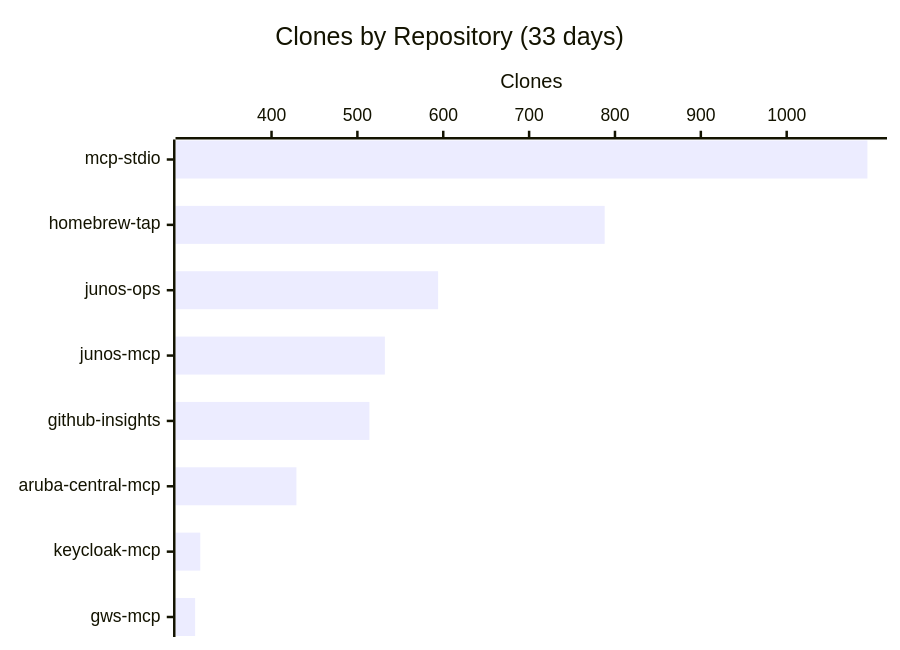
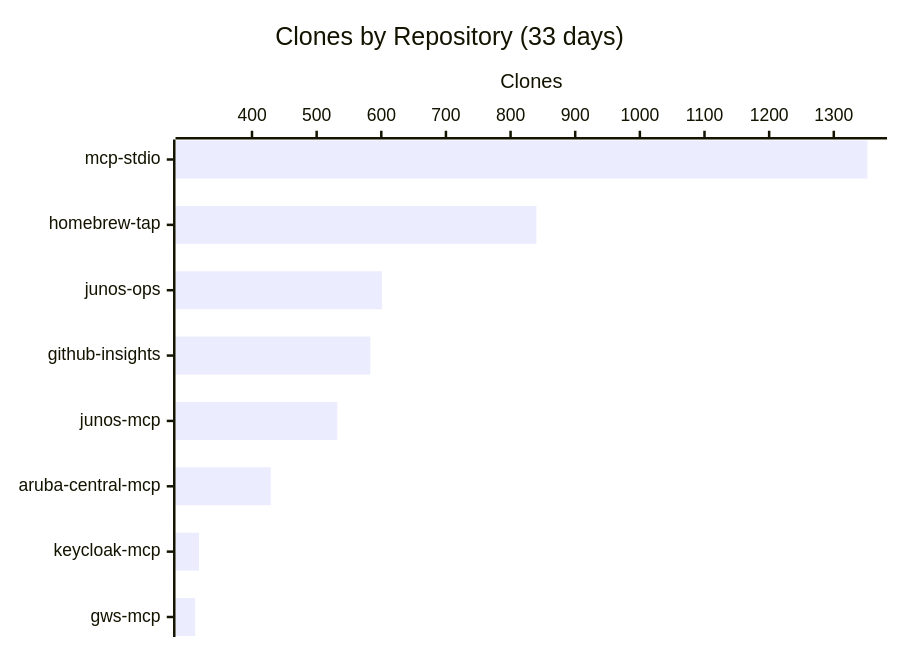
The third of 3 diagrams in README.md (shigechika/github-insights), drawn with Mermaid before and after one commit. The commit also changed other lines of this file and 1 other file, not shown here.

````diff
--- a/README.md
+++ b/README.md
@@ -34,7 +34,7 @@
 ```mermaid
 xychart-beta horizontal
     title "Clones by Repository (33 days)"
-    x-axis ["mcp-stdio", "homebrew-tap", "junos-ops", "junos-mcp", "github-insights", "aruba-central-mcp", "keycloak-mcp", "gws-mcp"]
+    x-axis ["mcp-stdio", "homebrew-tap", "junos-ops", "github-insights", "junos-mcp", "aruba-central-mcp", "keycloak-mcp", "gws-mcp"]
     y-axis "Clones"
-    bar [1094, 788, 594, 532, 514, 429, 317, 311]
+    bar [1352, 840, 601, 583, 532, 429, 318, 312]
 ```
````
